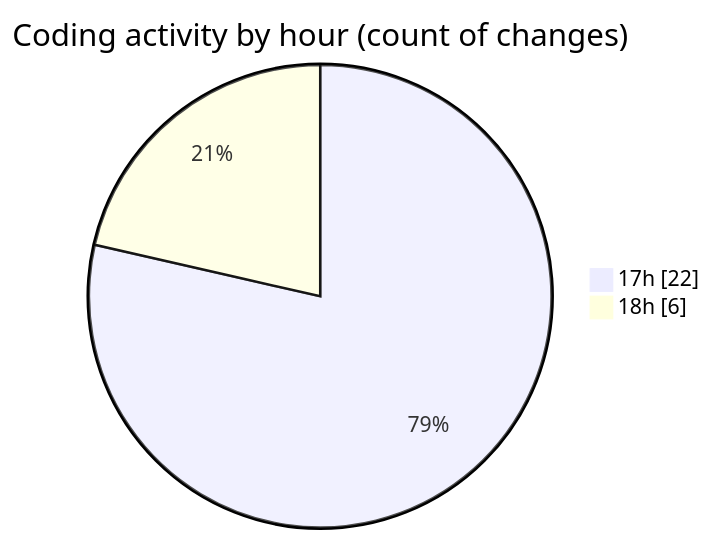
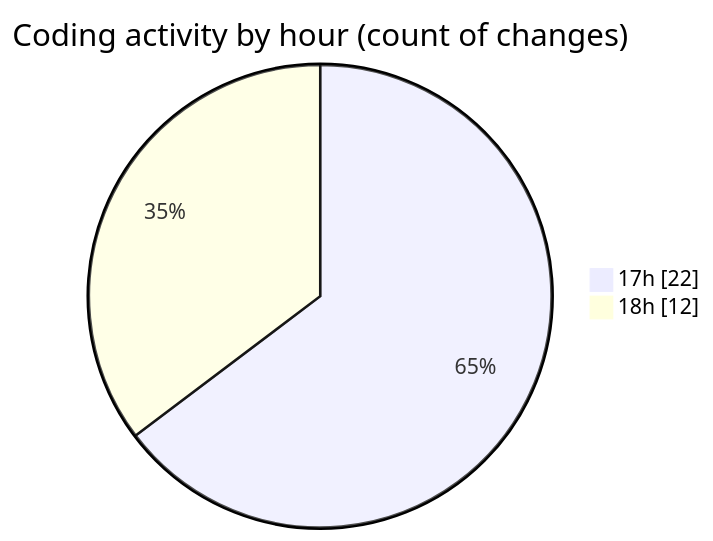
Before and after one commit to Netris89/code-tracking: the second of 2 diagrams in 2025-10-30/skintrack/README.md, drawn with Mermaid. The commit also changed other lines of this file and 1 other file, not shown here.

````diff
--- a/2025-10-30/skintrack/README.md
+++ b/2025-10-30/skintrack/README.md
@@ -30,6 +32,6 @@
 ```mermaid
 pie showData
 title Coding activity by hour (count of changes)
 "17h" : 22
-"18h" : 6
+"18h" : 12
 ```
````
